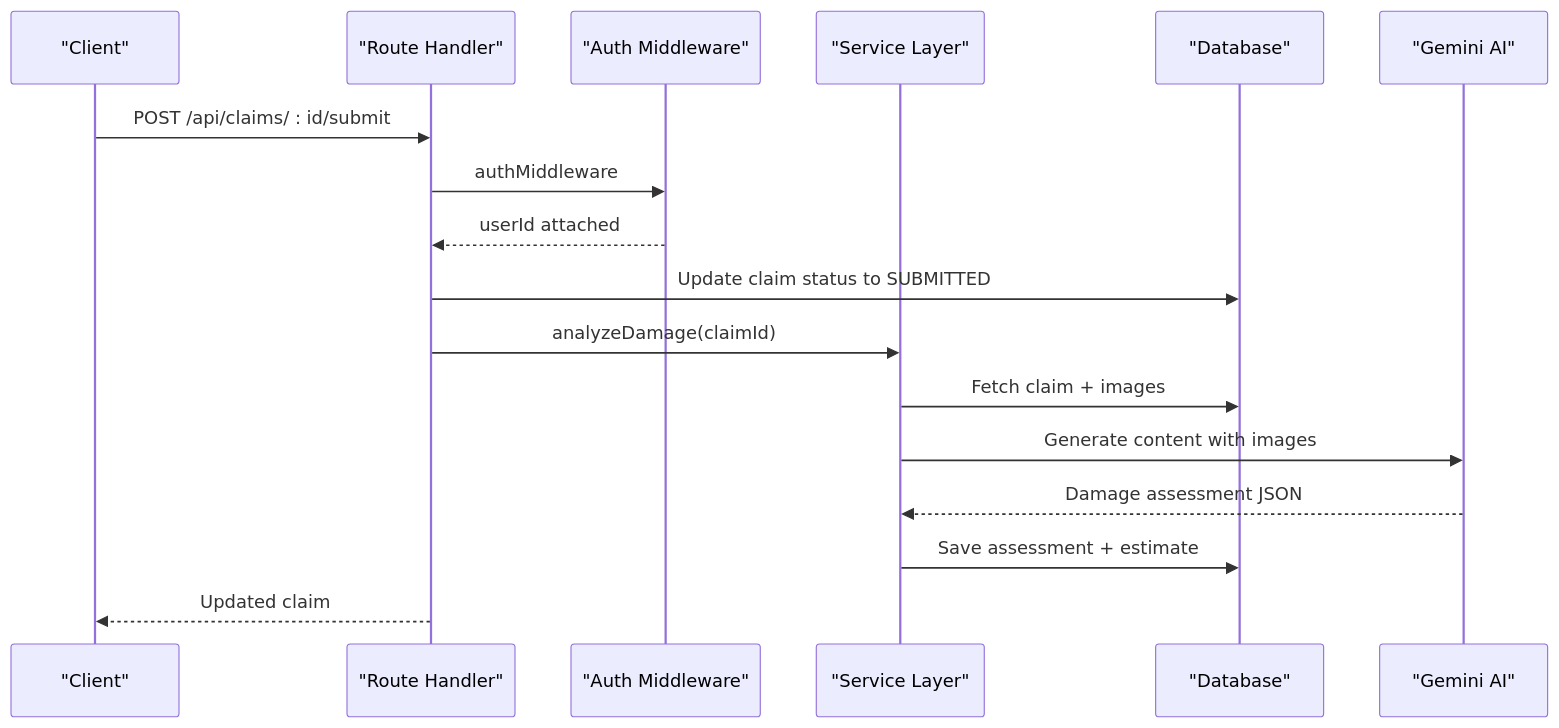
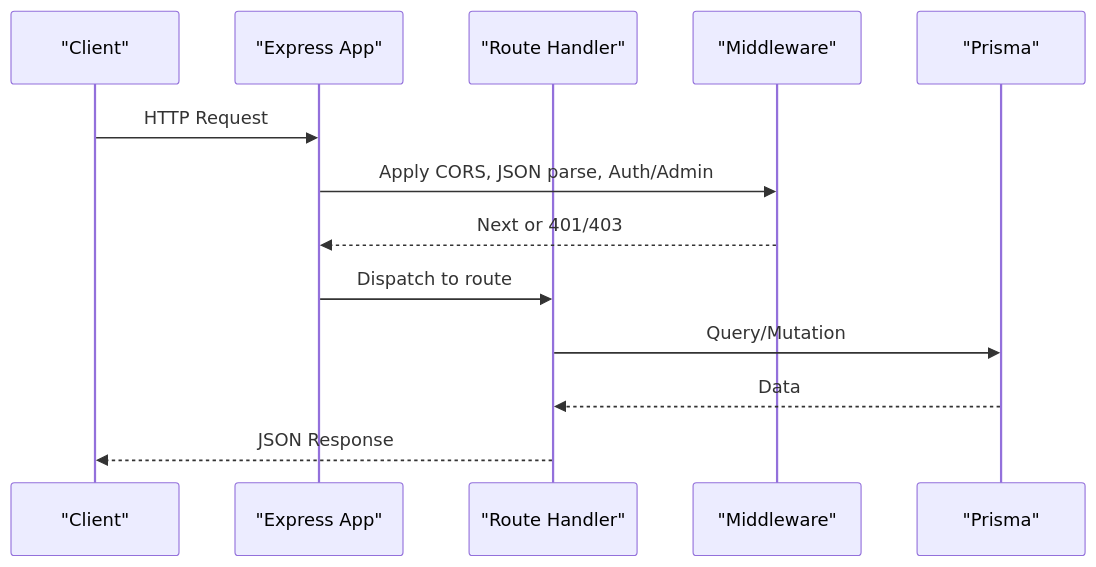
The second of 3 diagrams in .qoder/repowiki/en/content/API Reference/API Reference.md (NaveenHiranya/Smart-Vehicle-Insurance-Claim-System), drawn with Mermaid before and after one commit. The commit also changed other lines of this file and 183 other files, not shown here.

````diff
--- a/.qoder/repowiki/en/content/API Reference/API Reference.md
+++ b/.qoder/repowiki/en/content/API Reference/API Reference.md
@@ -85,19 +76,15 @@
 ```mermaid
 sequenceDiagram
 participant C as "Client"
+participant E as "Express App"
 participant R as "Route Handler"
-participant M as "Auth Middleware"
-participant S as "Service Layer"
-participant DB as "Database"
-participant AI as "Gemini AI"
-C->>R : POST /api/claims/ : id/submit
-R->>M : authMiddleware
-M-->>R : userId attached
-R->>DB : Update claim status to SUBMITTED
-R->>S : analyzeDamage(claimId)
-S->>DB : Fetch claim + images
-S->>AI : Generate content with images
-AI-->>S : Damage assessment JSON
-S->>DB : Save assessment + estimate
-R-->>C : Updated claim
+participant M as "Middleware"
+participant P as "Prisma"
+C->>E : HTTP Request
+E->>M : Apply CORS, JSON parse, Auth/Admin
+M-->>E : Next or 401/403
+E->>R : Dispatch to route
+R->>P : Query/Mutation
+P-->>R : Data
+R-->>C : JSON Response
 ```
````
